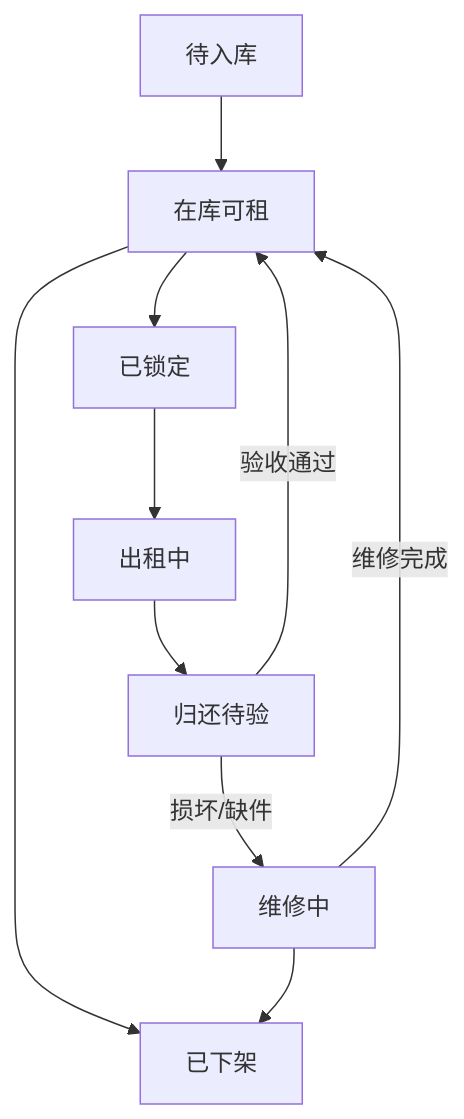
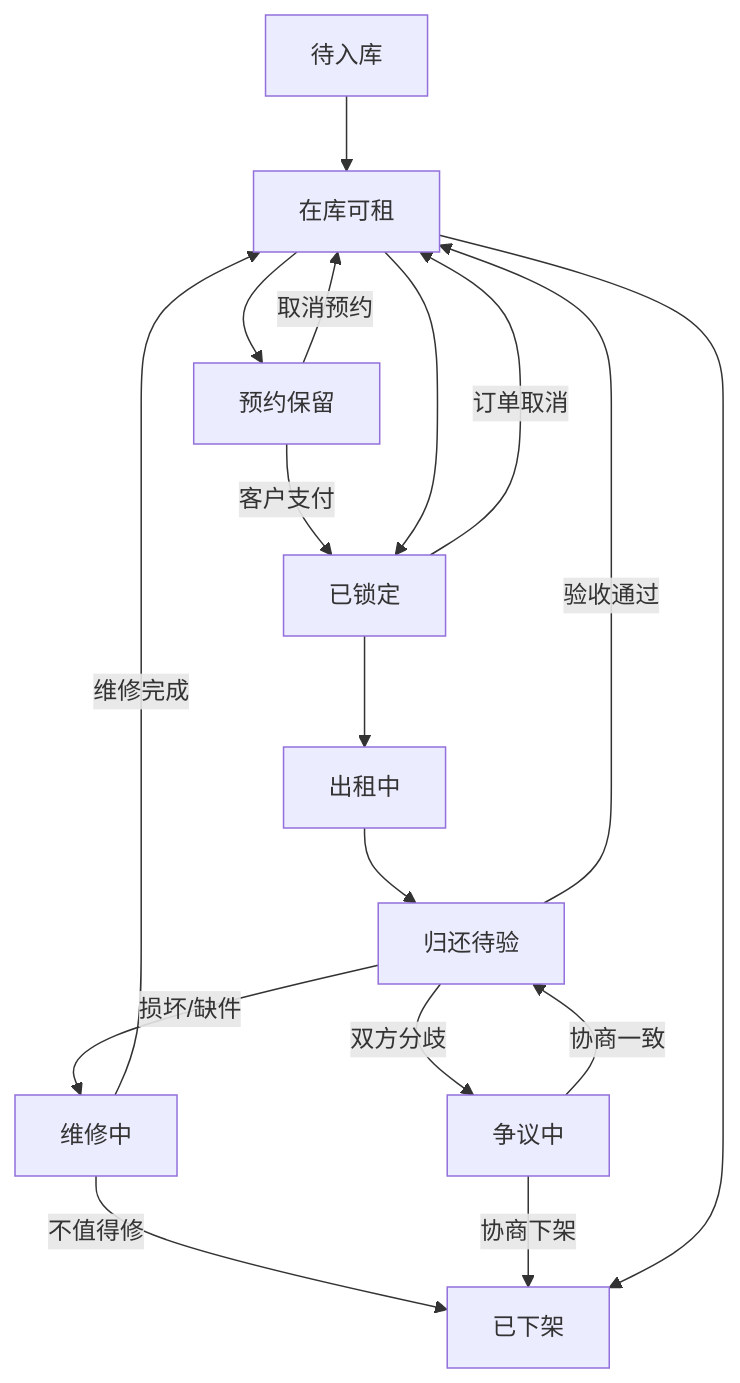
Before and after one commit to joezjyan-bot/mandian-prd: the diagram in PRD/V0.2/modules/运营端/库存设备管理/01_设备库存模型.md, drawn with Mermaid. The commit also changed other lines of this file, not shown here.

Commit message:
fix(V0.2/合规): 设备库存模型 — 设备状态补全9个(P1-1) + 预约保留+争议中 + liugou下架原因

````diff
--- a/PRD/V0.2/modules/运营端/库存设备管理/01_设备库存模型.md
+++ b/PRD/V0.2/modules/运营端/库存设备管理/01_设备库存模型.md
@@ -54,12 +75,19 @@
 ```mermaid
 flowchart TD
     A["待入库"] --> B["在库可租"]
-    B --> C["已锁定"]
+    B --> RES["预约保留"]
+    RES -->|取消预约| B
+    RES -->|客户支付| C["已锁定"]
+    B --> C
     C --> D["出租中"]
+    C -->|订单取消| B
     D --> E["归还待验"]
     E -->|验收通过| B
     E -->|损坏/缺件| F["维修中"]
+    E -->|双方分歧| DIS["争议中"]
     F -->|维修完成| B
-    B --> G["已下架"]
-    F --> G
+    F -->|不值得修| G["已下架"]
+    DIS -->|协商一致| E
+    DIS -->|协商下架| G
+    B --> G
 ```
````
